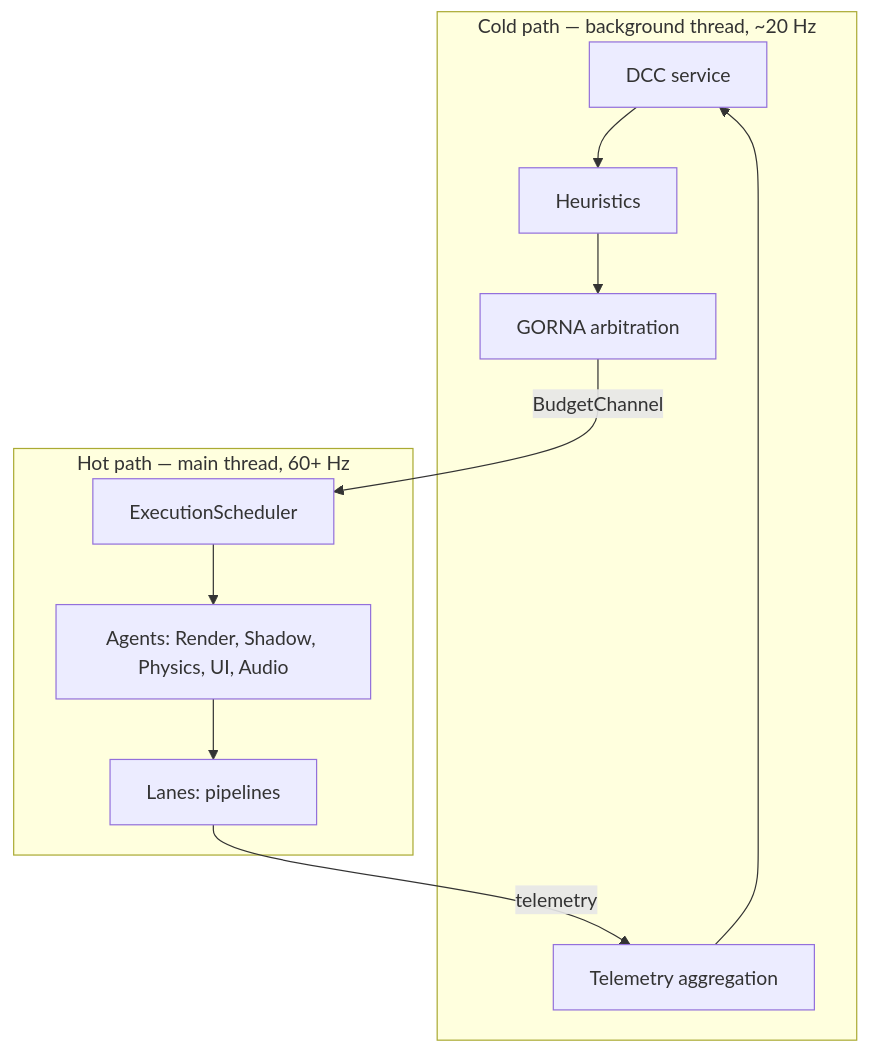
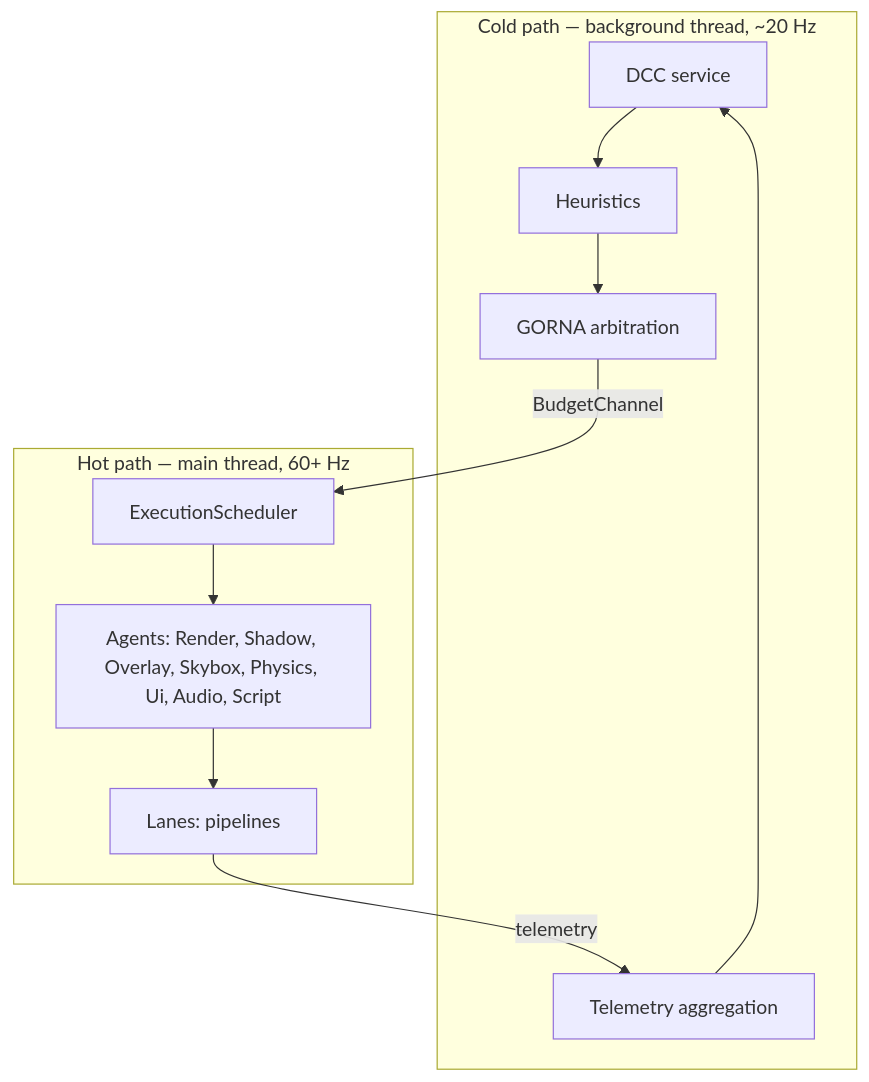
One commit to eraflo/KhoraEngine changed the second of 2 diagrams in docs/src/concepts/saa.md. Above: the diagram before and after it, drawn with Mermaid. The commit also changed other lines of this file and 32 other files, not shown here.

````diff
--- a/docs/src/concepts/saa.md
+++ b/docs/src/concepts/saa.md
@@ -167,21 +170,21 @@
 ```mermaid
 graph TD
     subgraph Cold["Cold path — background thread, ~20 Hz"]
         DCC[DCC service]
         Telemetry[Telemetry aggregation]
         Heuristics[Heuristics]
         GORNA[GORNA arbitration]
     end
     subgraph Hot["Hot path — main thread, 60+ Hz"]
         Scheduler[ExecutionScheduler]
-        Agents[Agents: Render, Shadow, Physics, UI, Audio]
+        Agents[Agents: Render, Shadow, Overlay, Skybox, Physics, Ui, Audio, Script]
         Lanes[Lanes: pipelines]
     end
     Telemetry --> DCC
     DCC --> Heuristics
     Heuristics --> GORNA
     GORNA -->|BudgetChannel| Scheduler
     Scheduler --> Agents
     Agents --> Lanes
     Lanes -->|telemetry| Telemetry
 ```
````
